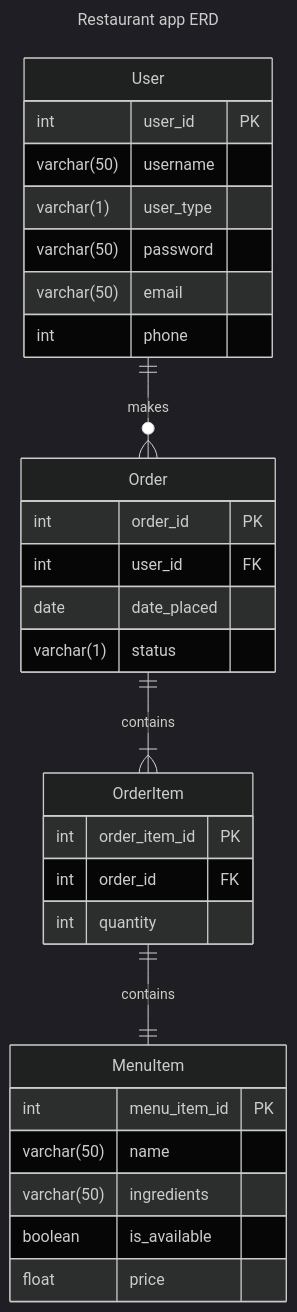
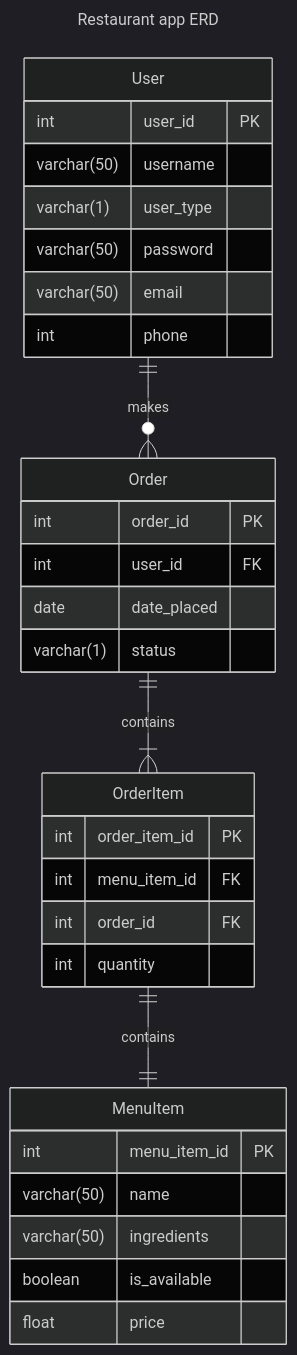
Before and after one commit to malekbadarin/Capstone-Project: the diagram in README.md, drawn with Mermaid (dark theme).

Commit message:
Update README.md
Add menu_item_id FK attribute to OrderItem in ERD.

````````diff
--- a/README.md
+++ b/README.md
@@ -13,35 +13,36 @@
 ```mermaid
 ---
 title: Restaurant app ERD
 ---
 erDiagram
     User {
        int user_id PK
        varchar(50) username
        varchar(1) user_type
        varchar(50) password
        varchar(50) email
        int phone
     }
     Order {
        int order_id PK
        int user_id FK
        date date_placed
        varchar(1) status
     }
     MenuItem {
        int menu_item_id PK
        varchar(50) name
        varchar(50) ingredients
        boolean is_available
        float price
     }
     OrderItem {
        int order_item_id PK
+       int menu_item_id FK
        int order_id FK
        int quantity
     }
     User ||--o{ Order : makes
     Order ||--|{ OrderItem : contains
     OrderItem ||--|| MenuItem : contains
 ```````
````````
